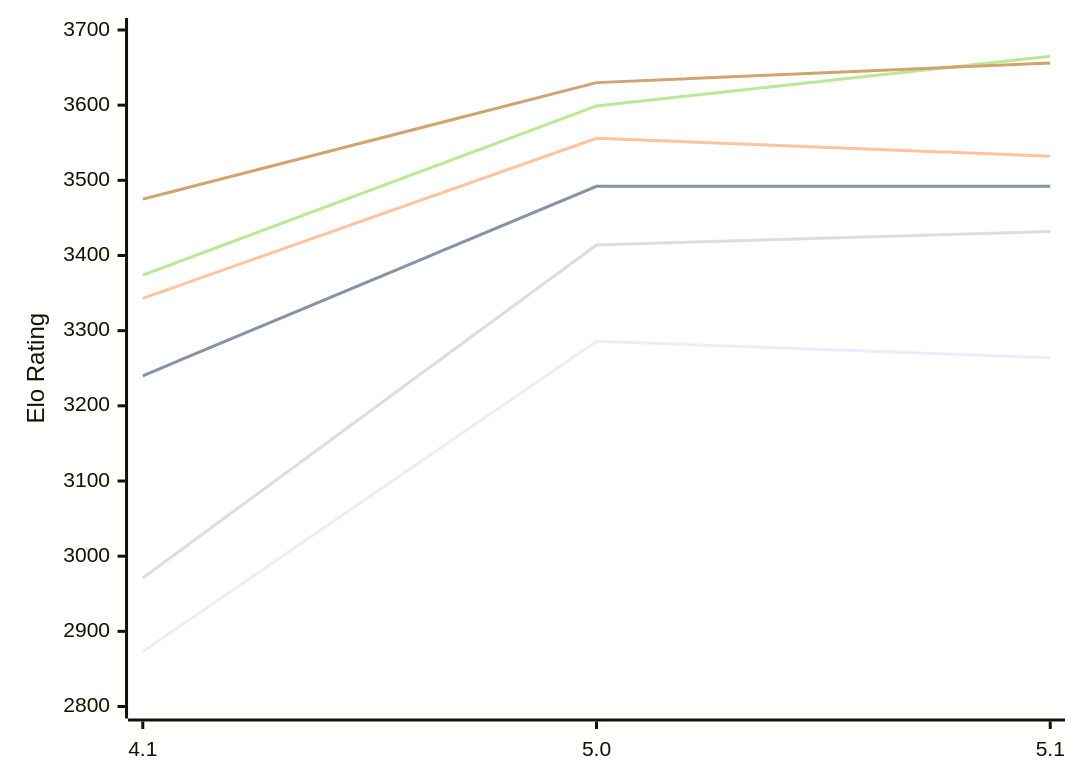
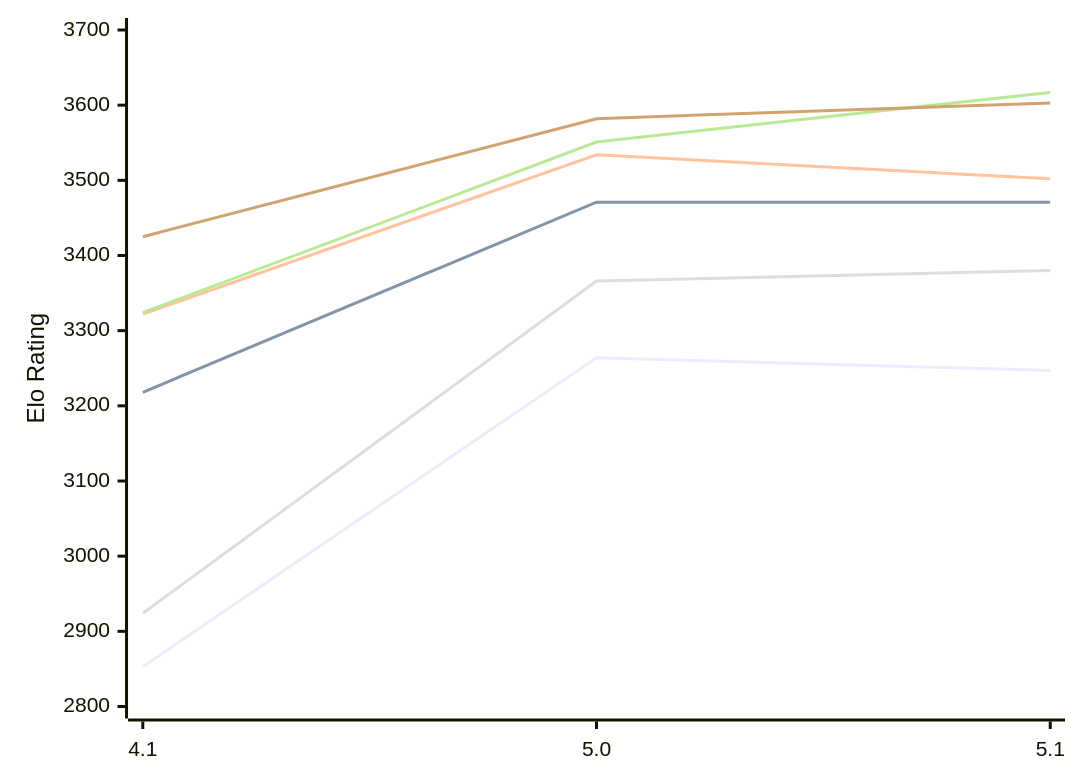
Before and after one commit to computer-chess-index/cci: the diagram in engines/NarcNext.md, drawn with Mermaid. The commit also changed other lines of this file, not shown here.

Commit message:
Update CCI Ratings (ELO VLTC) - 2026-11-08

````diff
--- a/engines/NarcNext.md
+++ b/engines/NarcNext.md
@@ -51,12 +51,12 @@
 ```mermaid
 %%{init: {"theme":"base","themeVariables":{"seriesColors:['#a3a3a3','#222221','#faa371']}}}%%
 xychart-beta
   x-axis ["4.1", "5.0", "5.1"]
   y-axis "Elo Rating" 2800 --> 3700
-  line "E1: STC (8.0+0.08s)" [2873, 3286, 3264]
-  line "E1: LTC (60.0+0.60s)" [3240, 3492, 3492]
-  line "E1: VLTC (2m24s+1.12s)" [3343, 3556, 3532]
-  line "P1: STC (8.0+0.08s)" [2971, 3414, 3432]
-  line "P1: LTC (60.0+0.60s)" [3374, 3599, 3665]
-  line "P1: VLTC (2m24s+1.12s)" [3475, 3630, 3656]
+  line "E1: STC (8.0+0.08s)" [2853, 3264, 3247]
+  line "E1: LTC (60.0+0.60s)" [3218, 3471, 3471]
+  line "E1: VLTC (2m24s+1.12s)" [3322, 3534, 3502]
+  line "P1: STC (8.0+0.08s)" [2924, 3366, 3380]
+  line "P1: LTC (60.0+0.60s)" [3324, 3551, 3617]
+  line "P1: VLTC (2m24s+1.12s)" [3425, 3582, 3603]
 ```
````
